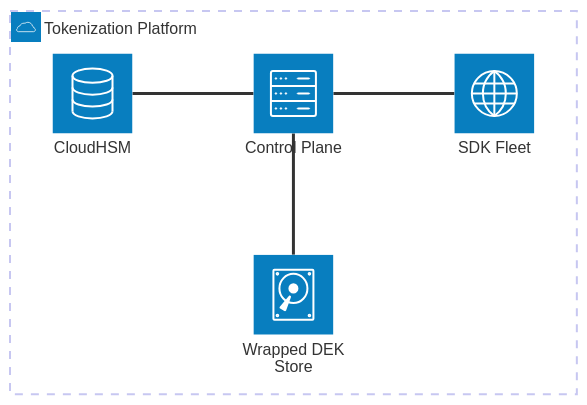
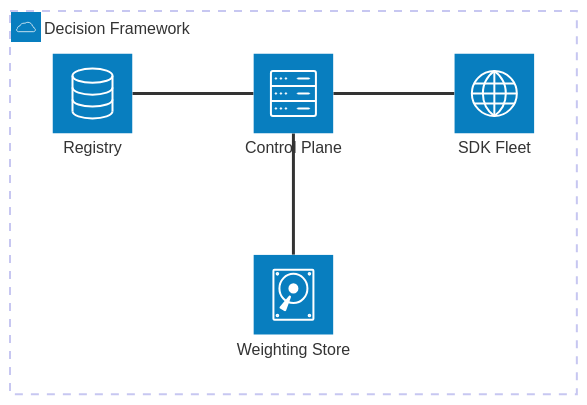
Before and after one commit to SlideWright/lattice: diagram 20 of 25 in lib/components/diagram/diagram/diagram.gallery.md, drawn with Mermaid. The commit also changed other lines of this file and 4 other files, not shown here.

First line of the commit message:
content: re-theme the diagram + baseline showcase decks off codebook

````diff
--- a/lib/components/diagram/diagram/diagram.gallery.md
+++ b/lib/components/diagram/diagram/diagram.gallery.md
@@ -590,11 +590,11 @@
 ```mermaid
 architecture-beta
-  group platform(cloud)[Tokenization Platform]
-  service hsm(database)[CloudHSM] in platform
+  group platform(cloud)[Decision Framework]
+  service reg(database)[Registry] in platform
   service cp(server)[Control Plane] in platform
   service sdk(internet)[SDK Fleet] in platform
-  service store(disk)[Wrapped DEK Store] in platform
-  hsm:R -- L:cp
+  service store(disk)[Weighting Store] in platform
+  reg:R -- L:cp
   cp:R -- L:sdk
   cp:B -- T:store
 ```
````
